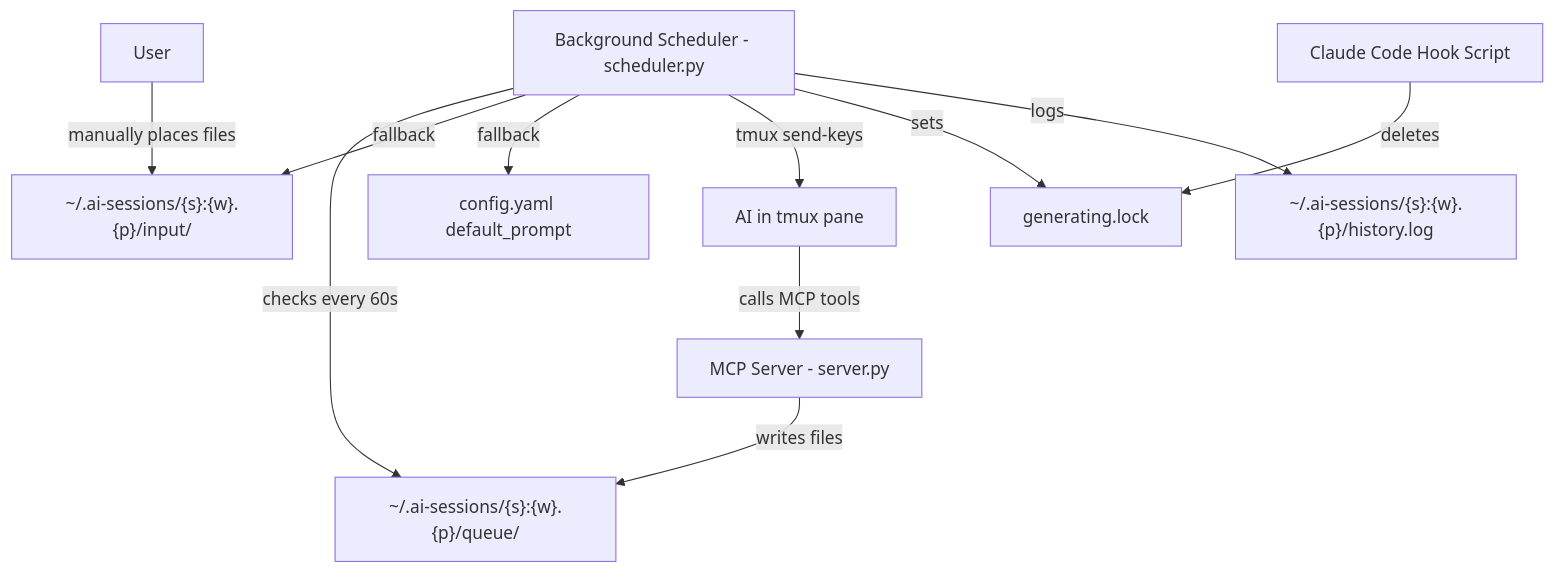
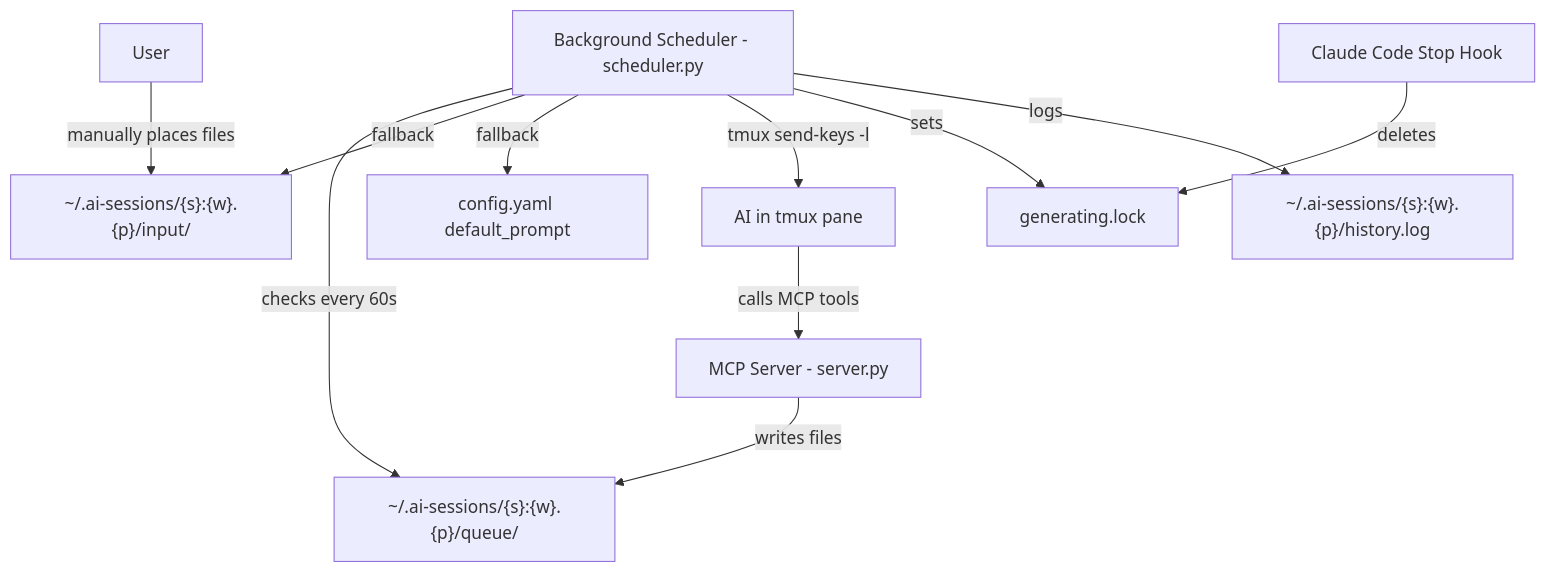
Before and after one commit to derDere/selfcontrol-mcp: the diagram in docs/CONCEPT.md, drawn with Mermaid. The commit also changed other lines of this file and 4 other files, not shown here.

````diff
--- a/docs/CONCEPT.md
+++ b/docs/CONCEPT.md
@@ -9,16 +9,16 @@
 ```mermaid
 flowchart TD
     AI[AI in tmux pane] -->|calls MCP tools| MCP[MCP Server - server.py]
     MCP -->|writes files| QueueDir["~/.ai-sessions/{s}:{w}.{p}/queue/"]
     User -->|manually places files| InputDir["~/.ai-sessions/{s}:{w}.{p}/input/"]
 
     Scheduler[Background Scheduler - scheduler.py] -->|checks every 60s| QueueDir
     Scheduler -->|fallback| InputDir
     Scheduler -->|fallback| Config[config.yaml default_prompt]
-    Scheduler -->|tmux send-keys| AI
+    Scheduler -->|tmux send-keys -l| AI
 
     Scheduler -->|sets| Lock[generating.lock]
-    Hook[Claude Code Hook Script] -->|deletes| Lock
+    Hook[Claude Code Stop Hook] -->|deletes| Lock
 
     Scheduler -->|logs| Log["~/.ai-sessions/{s}:{w}.{p}/history.log"]
 ```
````
